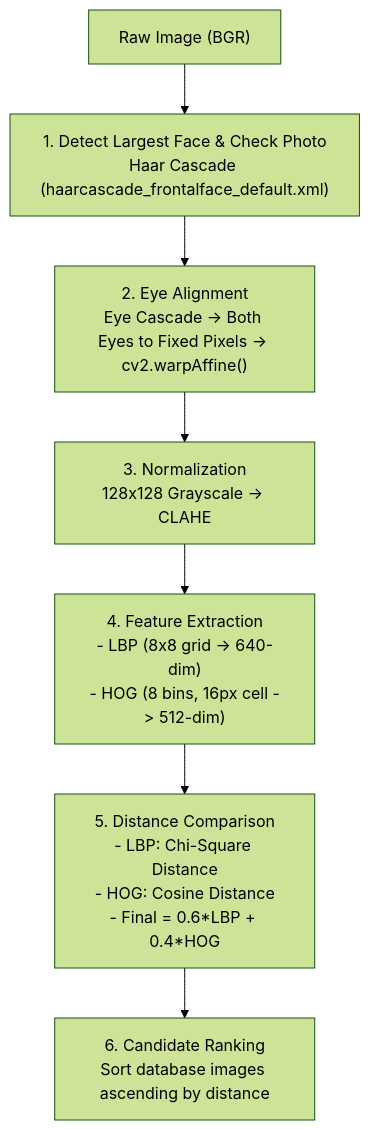
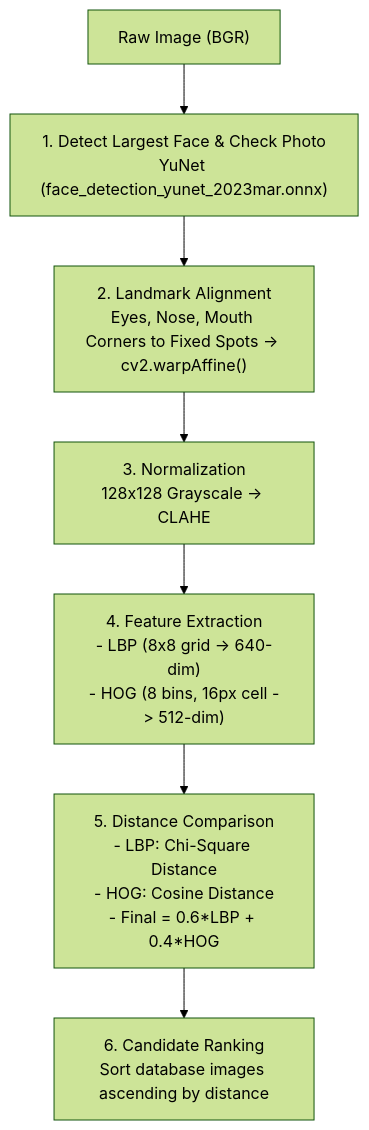
One commit to Mit-007/face_recognition_POC changed the diagram in docs/CLASSICAL_FACE_SIMILARITY.md. Above: the diagram before and after it, drawn with Mermaid (forest theme). The commit also changed other lines of this file and 9 other files, not shown here.

````diff
--- a/docs/CLASSICAL_FACE_SIMILARITY.md
+++ b/docs/CLASSICAL_FACE_SIMILARITY.md
@@ -19,9 +19,9 @@
 ```mermaid
 flowchart TD
-    Img["Raw Image (BGR)"] --> Detect["1. Detect Largest Face & Check Photo\nHaar Cascade (haarcascade_frontalface_default.xml)"]
-    Detect --> Align["2. Eye Alignment\nEye Cascade -> Both Eyes to Fixed Pixels -> cv2.warpAffine()"]
+    Img["Raw Image (BGR)"] --> Detect["1. Detect Largest Face & Check Photo\nYuNet (face_detection_yunet_2023mar.onnx)"]
+    Detect --> Align["2. Landmark Alignment\nEyes, Nose, Mouth Corners to Fixed Spots -> cv2.warpAffine()"]
     Align --> Norm["3. Normalization\n128x128 Grayscale -> CLAHE"]
     Norm --> Feat["4. Feature Extraction\n- LBP (8x8 grid -> 640-dim)\n- HOG (8 bins, 16px cell -> 512-dim)"]
     Feat --> Comp["5. Distance Comparison\n- LBP: Chi-Square Distance\n- HOG: Cosine Distance\n- Final = 0.6*LBP + 0.4*HOG"]
     Comp --> Rank["6. Candidate Ranking\nSort database images ascending by distance"]
 ```
````
